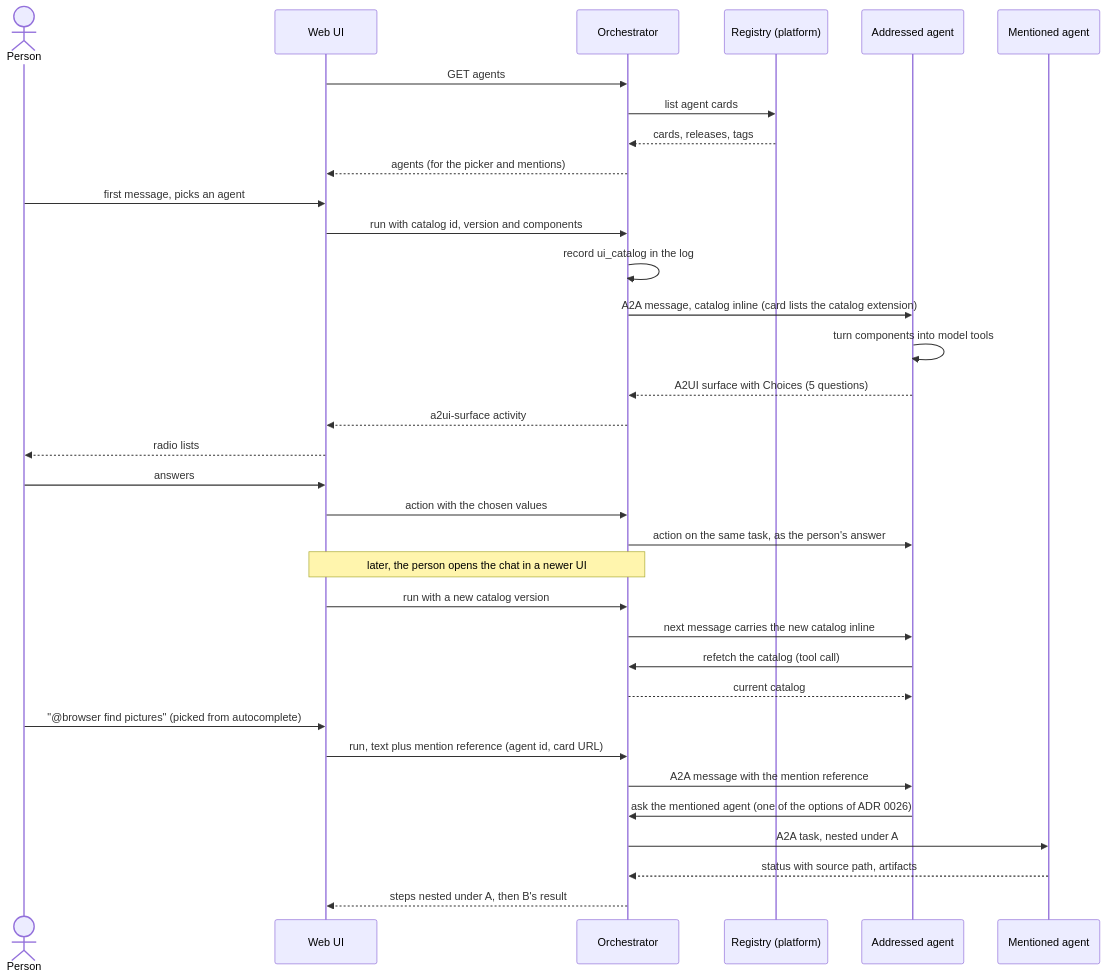
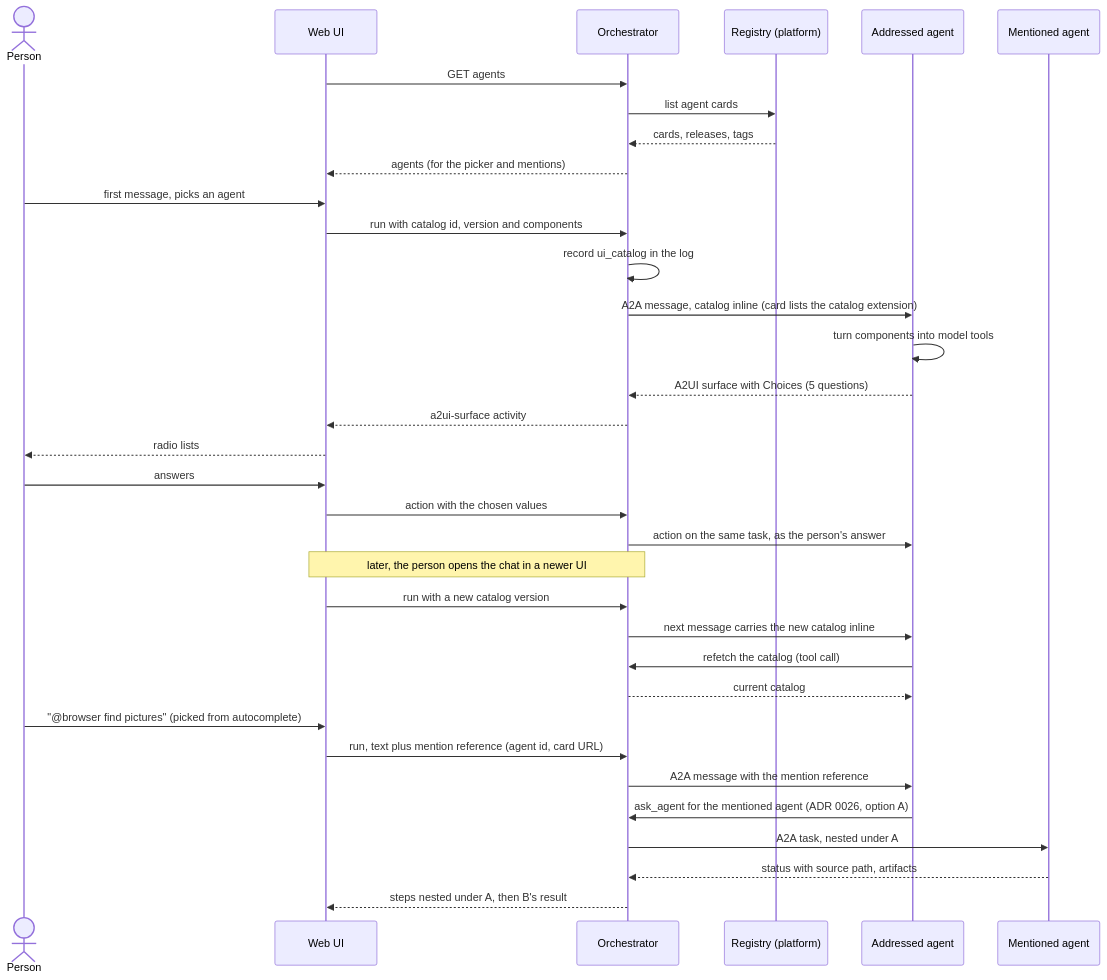
The second of 3 diagrams in docs/vision.md (vymalo/another-agentic-system), drawn with Mermaid before and after one commit. The commit also changed other lines of this file and 9 other files, not shown here.

````diff
--- a/docs/vision.md
+++ b/docs/vision.md
@@ -295,36 +419,36 @@
 ```mermaid
 sequenceDiagram
   actor P as Person
   participant W as Web UI
   participant O as Orchestrator
   participant R as Registry (platform)
   participant A as Addressed agent
   participant B as Mentioned agent
   W->>O: GET agents
   O->>R: list agent cards
   R-->>O: cards, releases, tags
   O-->>W: agents (for the picker and mentions)
   P->>W: first message, picks an agent
   W->>O: run with catalog id, version and components
   O->>O: record ui_catalog in the log
   O->>A: A2A message, catalog inline (card lists the catalog extension)
   A->>A: turn components into model tools
   A-->>O: A2UI surface with Choices (5 questions)
   O-->>W: a2ui-surface activity
   W-->>P: radio lists
   P->>W: answers
   W->>O: action with the chosen values
   O->>A: action on the same task, as the person's answer
   Note over W,O: later, the person opens the chat in a newer UI
   W->>O: run with a new catalog version
   O->>A: next message carries the new catalog inline
   A->>O: refetch the catalog (tool call)
   O-->>A: current catalog
   P->>W: "@browser find pictures" (picked from autocomplete)
   W->>O: run, text plus mention reference (agent id, card URL)
   O->>A: A2A message with the mention reference
-  A->>O: ask the mentioned agent (one of the options of ADR 0026)
+  A->>O: ask_agent for the mentioned agent (ADR 0026, option A)
   O->>B: A2A task, nested under A
   B-->>O: status with source path, artifacts
   O-->>W: steps nested under A, then B's result
 ```
````
